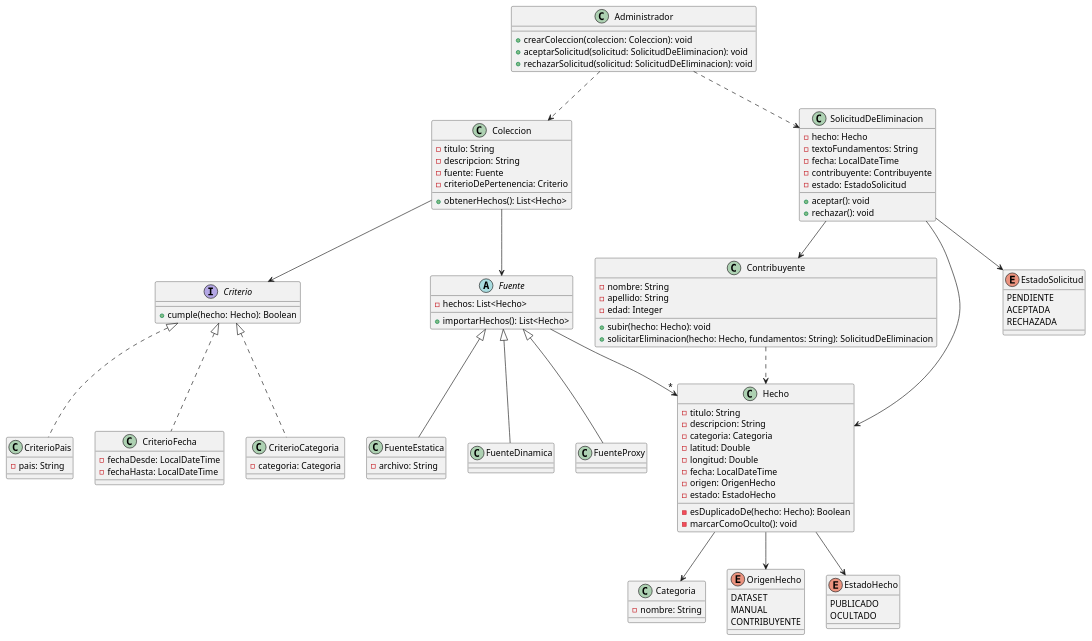
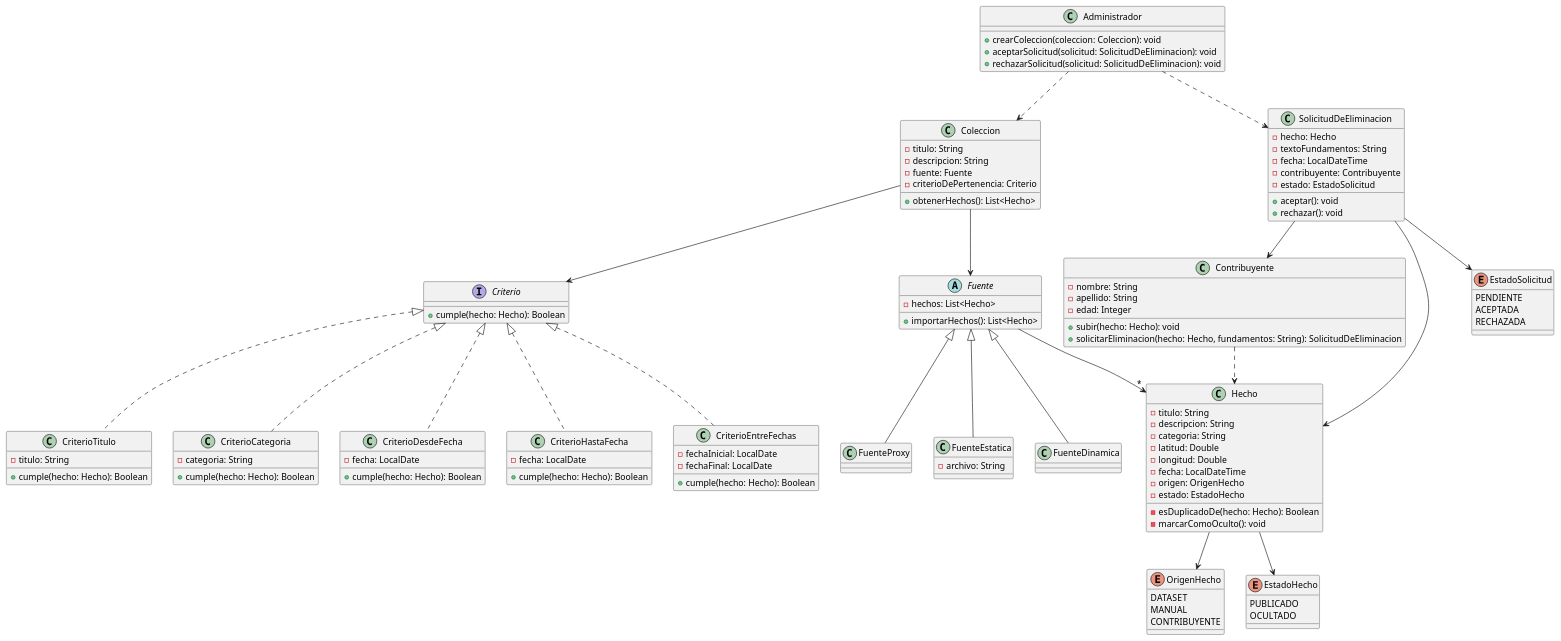
One commit to NicolasPazz/metamapa changed the diagram in src/diagramas/diagrama.puml. Above: the diagram before and after it, drawn with PlantUML. The commit also changed 6 other files, not shown here.

```diff
--- a/src/diagramas/diagrama.puml
+++ b/src/diagramas/diagrama.puml
@@ -1,123 +1,134 @@
 @startuml
 
 class Hecho {
     -titulo: String
     -descripcion: String
-    -categoria: Categoria
+    -categoria: String
     -latitud: Double
     -longitud: Double
     -fecha: LocalDateTime
     -origen: OrigenHecho
     -estado: EstadoHecho
 
     -esDuplicadoDe(hecho: Hecho): Boolean
     -marcarComoOculto(): void
 }
 
-class Categoria {
-    -nombre: String
-}
 
 enum OrigenHecho {
     DATASET
     MANUAL
     CONTRIBUYENTE
 }
 
 enum EstadoHecho{
     PUBLICADO
     OCULTADO
 }
 
 class Coleccion {
     -titulo: String
     -descripcion: String
     -fuente: Fuente
     -criterioDePertenencia: Criterio
 
     +obtenerHechos(): List<Hecho>
 }
 
 interface Criterio {
     +cumple(hecho: Hecho): Boolean
 }
 class CriterioCategoria {
-    -categoria: Categoria
+    -categoria: String
+    +cumple(hecho: Hecho): Boolean
 }
-class CriterioPais {
-    -pais: String
+class CriterioDesdeFecha {
+    -fecha: LocalDate
+    +cumple(hecho: Hecho): Boolean
 }
-class CriterioFecha {
-    -fechaDesde: LocalDateTime
-    -fechaHasta: LocalDateTime
+class CriterioHastaFecha {
+    -fecha: LocalDate
+    +cumple(hecho: Hecho): Boolean
+}
+class CriterioEntreFechas {
+    -fechaInicial: LocalDate
+    -fechaFinal: LocalDate
+    +cumple(hecho: Hecho): Boolean
+}
+class CriterioTitulo {
+    -titulo: String
+    +cumple(hecho: Hecho): Boolean
 }
 
 abstract Fuente {
     -hechos: List<Hecho>
 
     +importarHechos(): List<Hecho>
 }
 class FuenteEstatica {
     -archivo: String
 }
 class FuenteDinamica
 class FuenteProxy
 
 class SolicitudDeEliminacion {
     -hecho: Hecho
     -textoFundamentos: String
     -fecha: LocalDateTime
     -contribuyente: Contribuyente
     -estado: EstadoSolicitud
 
     +aceptar(): void
     +rechazar(): void
 }
 
 enum EstadoSolicitud {
     PENDIENTE
     ACEPTADA
     RECHAZADA
 }
 
 class Contribuyente {
     -nombre: String
     -apellido: String
     -edad: Integer
 
     +subir(hecho: Hecho): void
     +solicitarEliminacion(hecho: Hecho, fundamentos: String): SolicitudDeEliminacion
 }
 
 class Administrador {
     +crearColeccion(coleccion: Coleccion): void
     +aceptarSolicitud(solicitud: SolicitudDeEliminacion): void
     +rechazarSolicitud(solicitud: SolicitudDeEliminacion): void
 }
 
 Hecho --> OrigenHecho
-Hecho --> Categoria
+
 Hecho --> EstadoHecho
 
 Fuente -->"*" Hecho
 Fuente <|-- FuenteEstatica
 Fuente <|-- FuenteDinamica
 Fuente <|-- FuenteProxy
 
 Criterio <|.. CriterioCategoria
-Criterio <|.. CriterioPais
-Criterio <|.. CriterioFecha
+Criterio <|.. CriterioTitulo
+Criterio <|.. CriterioDesdeFecha
+Criterio <|.. CriterioHastaFecha
+Criterio <|.. CriterioEntreFechas
+
 
 Coleccion --> Fuente
 Coleccion --> Criterio
 
 SolicitudDeEliminacion --> Contribuyente
 SolicitudDeEliminacion --> Hecho
 SolicitudDeEliminacion --> EstadoSolicitud
 
 Administrador ..> Coleccion
 Administrador ..> SolicitudDeEliminacion
 
 Contribuyente ..> Hecho
 
 @enduml
```
